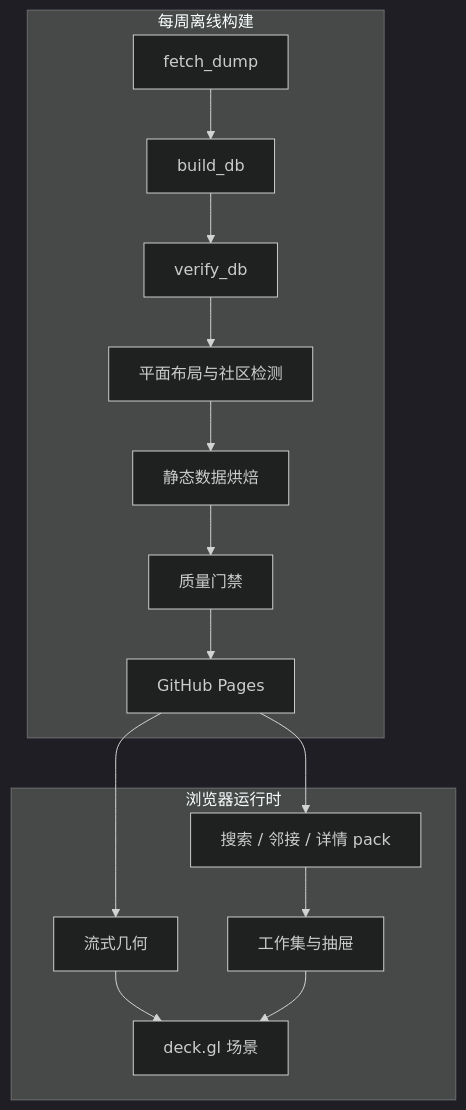
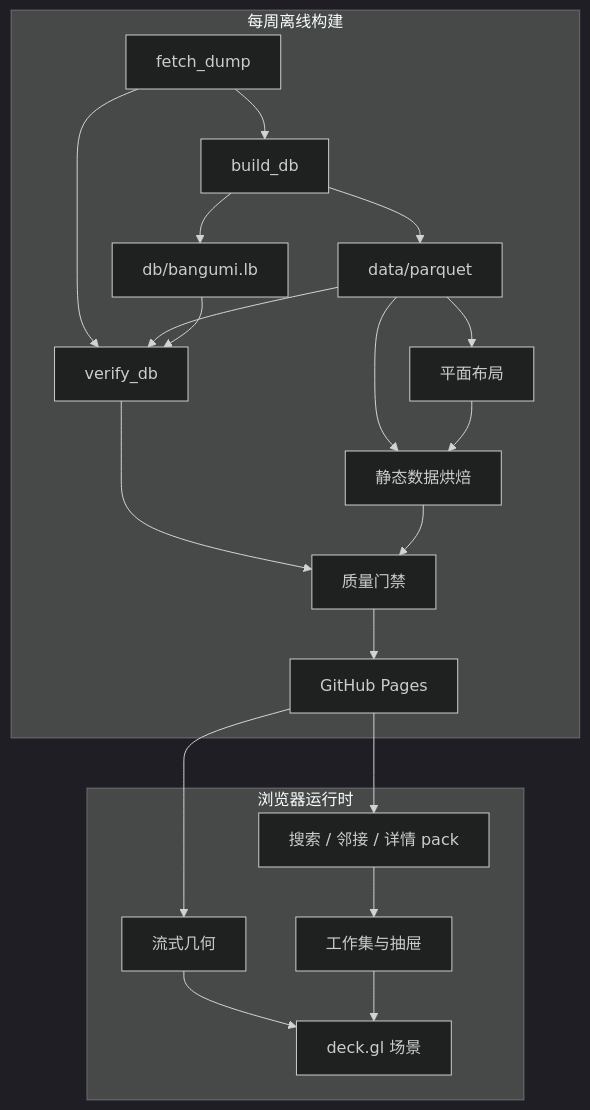
Before and after one commit to vauxe/bangumi-atlas: the diagram in docs/EXPLORER_ARCHITECTURE.md, drawn with Mermaid (dark theme). The commit also changed other lines of this file and 1 other file, not shown here.

First line of the commit message:
docs: align architecture with pipeline boundaries

````diff
--- a/docs/EXPLORER_ARCHITECTURE.md
+++ b/docs/EXPLORER_ARCHITECTURE.md
@@ -38,20 +27,26 @@
 ```mermaid
 flowchart TB
     subgraph Weekly[每周离线构建]
         A[fetch_dump] --> B[build_db]
-        B --> C[verify_db]
-        C --> D[平面布局与社区检测]
-        D --> E[静态数据烘焙]
-        E --> F[质量门禁]
-        F --> G[GitHub Pages]
+        B --> P[data/parquet]
+        B --> C[db/bangumi.lb]
+        A --> D[verify_db]
+        P --> D
+        C --> D
+        P --> E[平面布局]
+        P --> F[静态数据烘焙]
+        E --> F
+        D --> Q[质量门禁]
+        F --> Q
+        Q --> G[GitHub Pages]
     end
 
     subgraph Browser[浏览器运行时]
         H[流式几何] --> I[deck.gl 场景]
         J[搜索 / 邻接 / 详情 pack] --> K[工作集与抽屉]
         K --> I
     end
 
     G --> H
     G --> J
 ```
````
